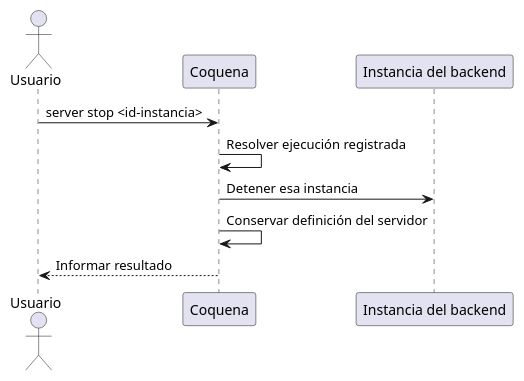
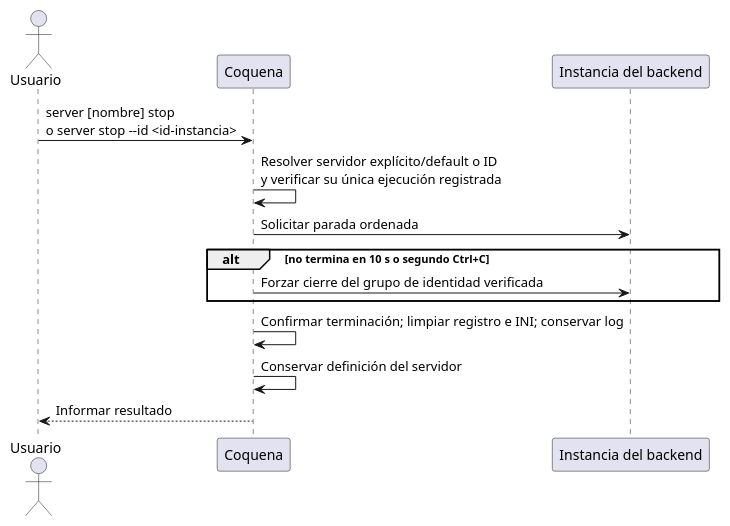
Before and after one commit to mstranich/coquena: the fourth of 7 diagrams in docs/actividades.md, drawn with PlantUML. The commit also changed other lines of this file and 17 other files, not shown here.

Commit message:
Implement M1 server lifecycle and improve stop UX

````diff
--- a/docs/actividades.md
+++ b/docs/actividades.md
@@ -148,12 +149,16 @@
 ```plantuml
 @startuml
 actor Usuario
 participant Coquena
 participant "Instancia del backend" as Backend
-Usuario -> Coquena : server stop <id-instancia>
-Coquena -> Coquena : Resolver ejecución registrada
-Coquena -> Backend : Detener esa instancia
+Usuario -> Coquena : server [nombre] stop\no server stop --id <id-instancia>
+Coquena -> Coquena : Resolver servidor explícito/default o ID\ny verificar su única ejecución registrada
+Coquena -> Backend : Solicitar parada ordenada
+alt no termina en 10 s o segundo Ctrl+C
+  Coquena -> Backend : Forzar cierre del grupo de identidad verificada
+end
+Coquena -> Coquena : Confirmar terminación; limpiar registro e INI; conservar log
 Coquena -> Coquena : Conservar definición del servidor
 Coquena --> Usuario : Informar resultado
 @enduml
 ```
````
